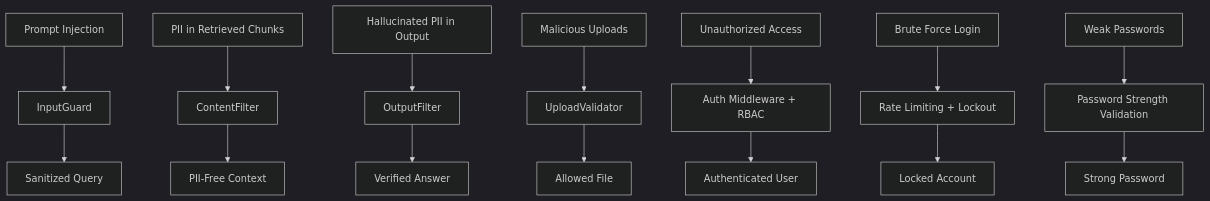
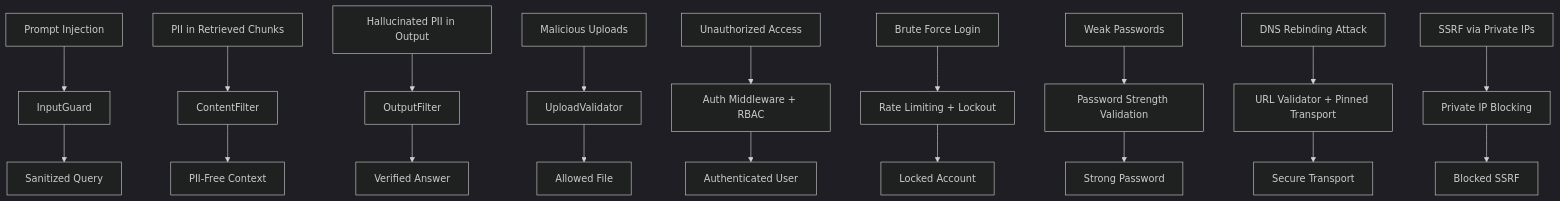
One commit to genes8/private-ai changed diagram 13 of 15 in .qoder/repowiki/en/content/Architecture and Design/Security and Compliance Architecture.md. Above: the diagram before and after it, drawn with Mermaid (dark theme). The commit also changed other lines of this file and 19 other files, not shown here.

````diff
--- a/.qoder/repowiki/en/content/Architecture and Design/Security and Compliance Architecture.md
+++ b/.qoder/repowiki/en/content/Architecture and Design/Security and Compliance Architecture.md
@@ -535,17 +654,21 @@
 ```mermaid
 graph TB
 T1["Prompt Injection"] --> M1["InputGuard"]
 T2["PII in Retrieved Chunks"] --> M2["ContentFilter"]
 T3["Hallucinated PII in Output"] --> M3["OutputFilter"]
 T4["Malicious Uploads"] --> M4["UploadValidator"]
 T5["Unauthorized Access"] --> M5["Auth Middleware + RBAC"]
 T6["Brute Force Login"] --> M6["Rate Limiting + Lockout"]
 T7["Weak Passwords"] --> M7["Password Strength Validation"]
+T8["DNS Rebinding Attack"] --> M8["URL Validator + Pinned Transport"]
+T9["SSRF via Private IPs"] --> M9["Private IP Blocking"]
 M1 --> R1["Sanitized Query"]
 M2 --> R2["PII-Free Context"]
 M3 --> R3["Verified Answer"]
 M4 --> R4["Allowed File"]
 M5 --> R5["Authenticated User"]
 M6 --> R6["Locked Account"]
 M7 --> R7["Strong Password"]
+M8 --> R8["Secure Transport"]
+M9 --> R9["Blocked SSRF"]
 ```
````
